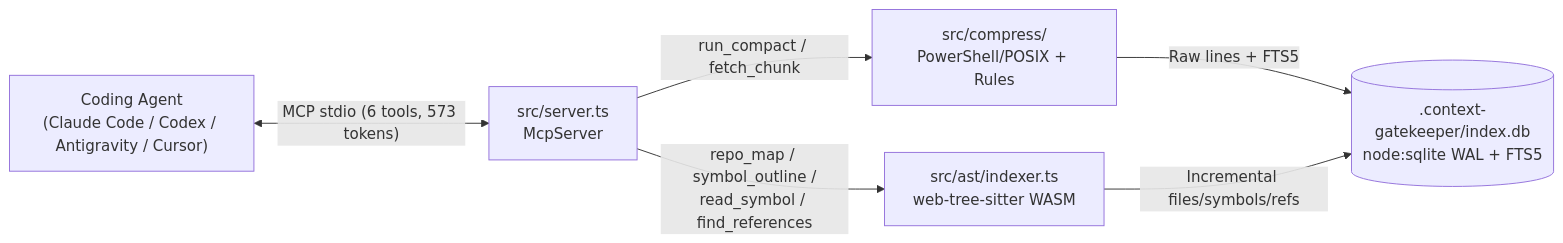
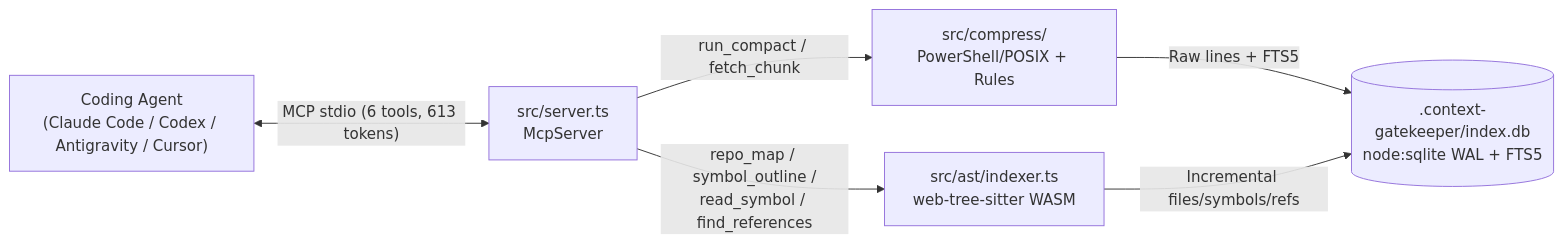
The diagram in docs/ARCHITECTURE.md (AaronPG095/Context-Gatekeeper-MCP), drawn with Mermaid before and after one commit. The commit also changed other lines of this file and 18 other files, not shown here.

````diff
--- a/docs/ARCHITECTURE.md
+++ b/docs/ARCHITECTURE.md
@@ -5,11 +5,11 @@
 ```mermaid
 flowchart LR
     Agent["Coding Agent\n(Claude Code / Codex / Antigravity / Cursor)"]
-    Agent <-->|"MCP stdio (6 tools, 573 tokens)"| Server["src/server.ts\nMcpServer"]
+    Agent <-->|"MCP stdio (6 tools, 613 tokens)"| Server["src/server.ts\nMcpServer"]
 
     Server -->|"run_compact / fetch_chunk"| Runner["src/compress/\nPowerShell/POSIX + Rules"]
     Runner -->|"Raw lines + FTS5"| DB[(".context-gatekeeper/index.db\nnode:sqlite WAL + FTS5")]
 
     Server -->|"repo_map / symbol_outline /\nread_symbol / find_references"| Indexer["src/ast/indexer.ts\nweb-tree-sitter WASM"]
     Indexer -->|"Incremental files/symbols/refs"| DB
 ```
````
